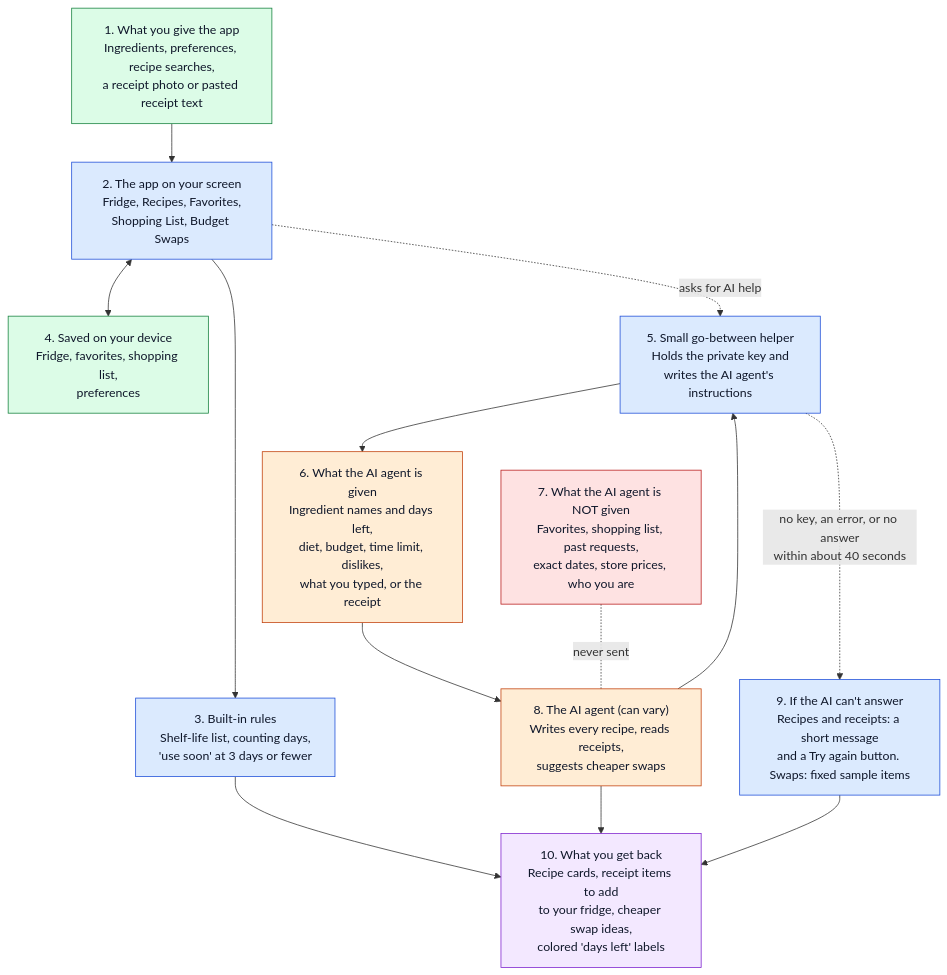
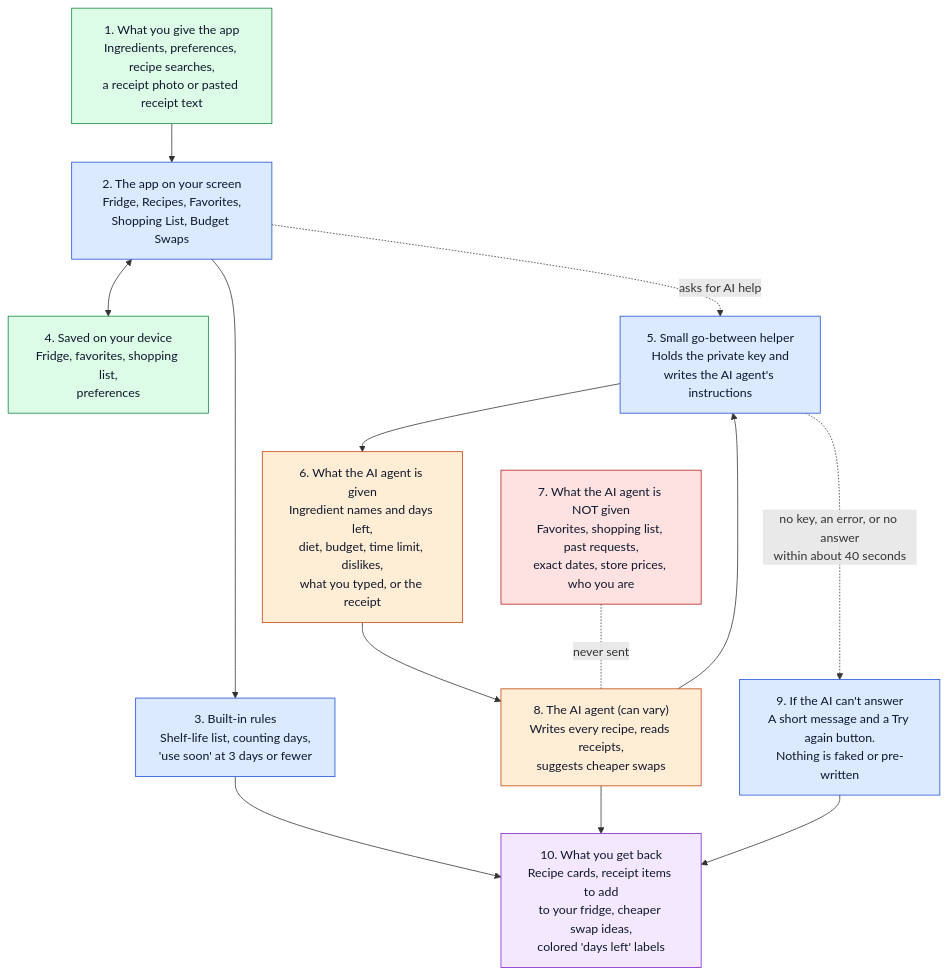
Before and after one commit to Sn3ha07/recipe_app: the diagram in docs/system-diagram.md, drawn with Mermaid. The commit also changed other lines of this file and 4 other files, not shown here.

````diff
--- a/docs/system-diagram.md
+++ b/docs/system-diagram.md
@@ -5,37 +5,37 @@
 ```mermaid
 flowchart TD
     A["1. What you give the app<br/>Ingredients, preferences, recipe searches,<br/>a receipt photo or pasted receipt text"]
     B["2. The app on your screen<br/>Fridge, Recipes, Favorites,<br/>Shopping List, Budget Swaps"]
     C["3. Built-in rules<br/>Shelf-life list, counting days,<br/>'use soon' at 3 days or fewer"]
     E["4. Saved on your device<br/>Fridge, favorites, shopping list,<br/>preferences"]
     F["5. Small go-between helper<br/>Holds the private key and<br/>writes the AI agent's instructions"]
     H["6. What the AI agent is given<br/>Ingredient names and days left,<br/>diet, budget, time limit, dislikes,<br/>what you typed, or the receipt"]
     I["7. What the AI agent is NOT given<br/>Favorites, shopping list, past requests,<br/>exact dates, store prices, who you are"]
     G["8. The AI agent (can vary)<br/>Writes every recipe, reads receipts,<br/>suggests cheaper swaps"]
-    J["9. If the AI can't answer<br/>Recipes and receipts: a short message<br/>and a Try again button. Swaps: fixed sample items"]
+    J["9. If the AI can't answer<br/>A short message and a Try again button.<br/>Nothing is faked or pre-written"]
     K["10. What you get back<br/>Recipe cards, receipt items to add<br/>to your fridge, cheaper swap ideas,<br/>colored 'days left' labels"]
 
     A --> B
     B --> C
     B <--> E
     B -. "asks for AI help" .-> F
     F --> H
     H --> G
     I -. "never sent" .- G
     G --> F
     F -. "no key, an error, or no answer<br/>within about 40 seconds" .-> J
     C --> K
     G --> K
     J --> K
 
     classDef same fill:#dbeafe,stroke:#1d4ed8,color:#0f172a;
     classDef ai fill:#ffedd5,stroke:#c2410c,color:#0f172a;
     classDef info fill:#dcfce7,stroke:#15803d,color:#0f172a;
     classDef out fill:#f3e8ff,stroke:#7e22ce,color:#0f172a;
     classDef blocked fill:#fee2e2,stroke:#b91c1c,color:#0f172a;
     class A,E info;
     class B,C,F,J same;
     class G,H ai;
     class I blocked;
     class K out;
 ```
````
